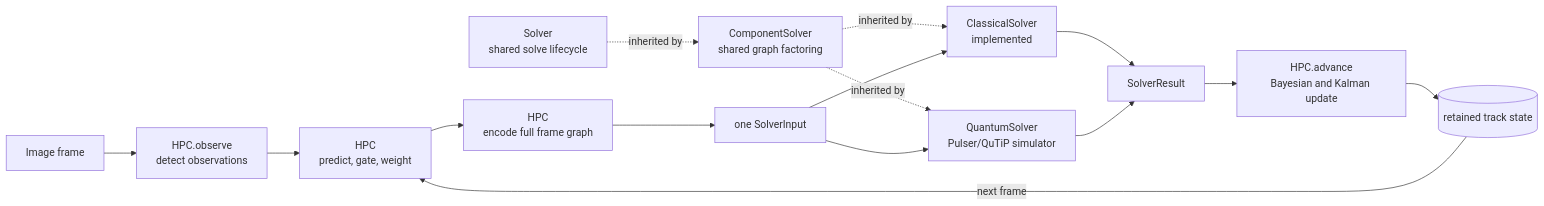
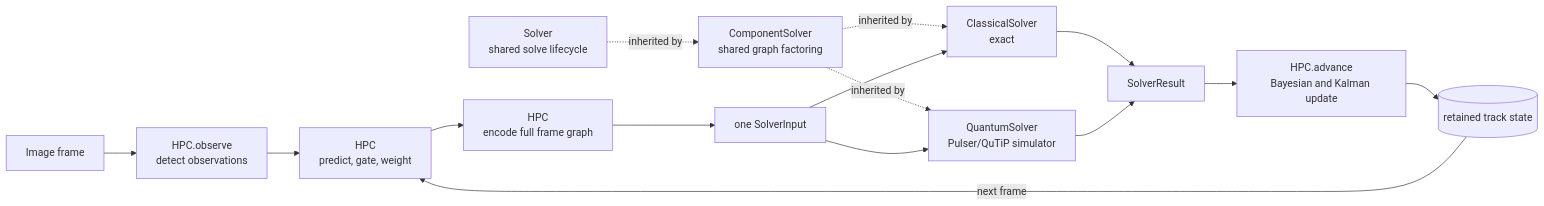
The diagram in README.md (SAN-G-8055/Neutral-Atom-QC-for-MHT), drawn with Mermaid before and after one commit. The commit also changed other lines of this file and 26 other files, not shown here.

````diff
--- a/README.md
+++ b/README.md
@@ -19,19 +44,19 @@
 ```mermaid
 flowchart LR
     Image["Image frame"] --> Observe["HPC.observe<br/>detect observations"]
     Observe --> Prepare["HPC<br/>predict, gate, weight"]
     Prepare --> Graph["HPC<br/>encode full frame graph"]
     Graph --> Input["one SolverInput"]
 
     Solver["Solver<br/>shared solve lifecycle"] -. inherited by .-> Components["ComponentSolver<br/>shared graph factoring"]
-    Components -. inherited by .-> Classical["ClassicalSolver<br/>implemented"]
+    Components -. inherited by .-> Classical["ClassicalSolver<br/>exact"]
     Components -. inherited by .-> Quantum["QuantumSolver<br/>Pulser/QuTiP simulator"]
     Input --> Classical
     Input --> Quantum
     Classical --> Result["SolverResult"]
     Quantum --> Result
 
     Result --> Update["HPC.advance<br/>Bayesian and Kalman update"]
     Update --> State[("retained track state")]
     State -->|next frame| Prepare
 ```
````
